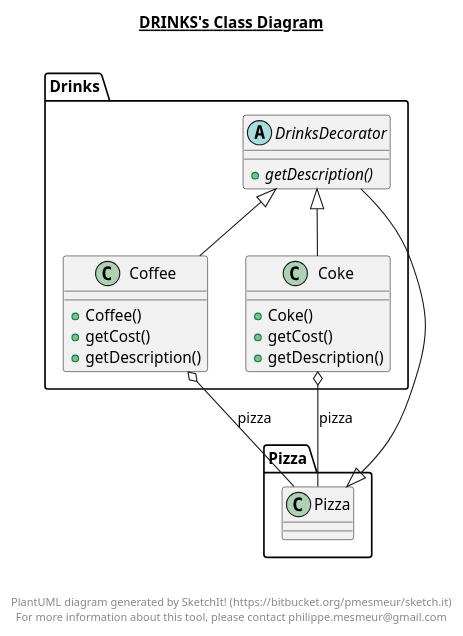
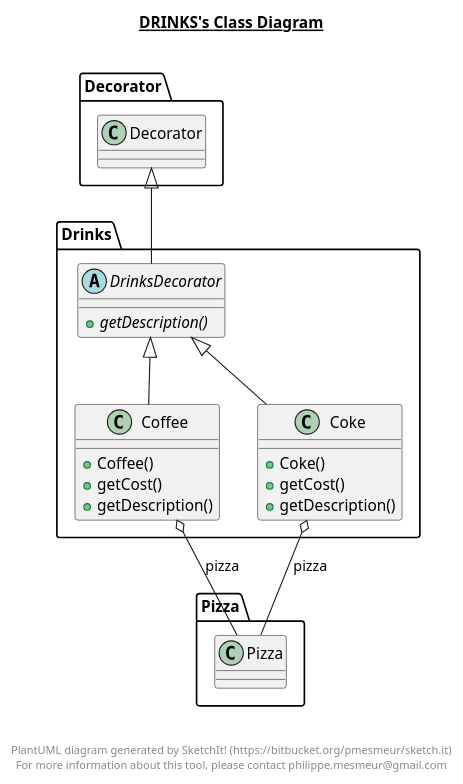
Before and after one commit to zarif98sjs/CSE-308-Software-Engineering: the diagram in Offline 3/Problem 2/src/Drinks/Drinks.plantuml, drawn with PlantUML. The commit also changed 16 other files, not shown here.

```diff
--- a/Offline 3/Problem 2/src/Drinks/Drinks.plantuml
+++ b/Offline 3/Problem 2/src/Drinks/Drinks.plantuml
@@ -1,44 +1,44 @@
 @startuml
 
 title __DRINKS's Class Diagram__\n
 
   namespace Drinks {
     class Drinks.Coffee {
         + Coffee()
         + getCost()
         + getDescription()
     }
   }
   
 
   namespace Drinks {
     class Drinks.Coke {
         + Coke()
         + getCost()
         + getDescription()
     }
   }
   
 
   namespace Drinks {
     abstract class Drinks.DrinksDecorator {
         {abstract} + getDescription()
     }
   }
   
 
   Drinks.Coffee -up-|> Drinks.DrinksDecorator
   Drinks.Coffee o-- Pizza.Pizza : pizza
   Drinks.Coke -up-|> Drinks.DrinksDecorator
   Drinks.Coke o-- Pizza.Pizza : pizza
-  Drinks.DrinksDecorator -up-|> Pizza.Pizza
+  Drinks.DrinksDecorator -up-|> Decorator.Decorator
 
 
 right footer
 
 
 PlantUML diagram generated by SketchIt! (https://bitbucket.org/pmesmeur/sketch.it)
 For more information about this tool, please contact philippe.mesmeur@gmail.com
 endfooter
 
 @enduml
```
